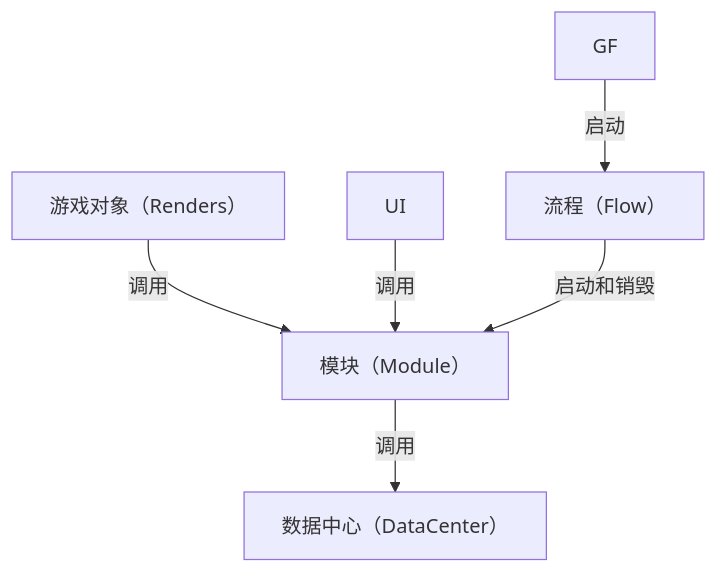
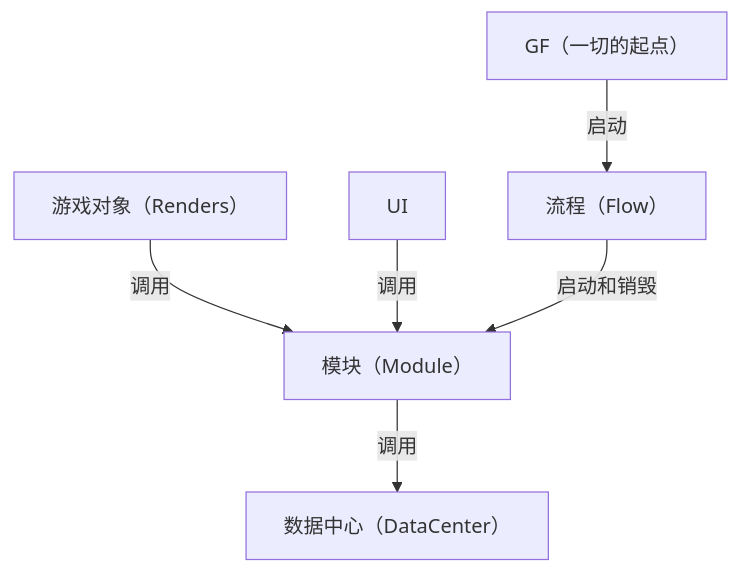
The diagram in Assets/Example/README/README.md (Qyingii/Fmoda), drawn with Mermaid before and after one commit. The commit also changed other lines of this file and 19 other files, not shown here.

````diff
--- a/Assets/Example/README/README.md
+++ b/Assets/Example/README/README.md
@@ -7,8 +8,8 @@
 ``` mermaid
 flowchart TD
 A[游戏对象（Renders）]--调用--> B[模块（Module）]
 C[UI]--调用--> B
 B--调用--> D[数据中心（DataCenter）]
 E[流程（Flow）]--启动和销毁--> B
-F[GF]--启动--> E
+F[GF（一切的起点）]--启动--> E
 ```
````
